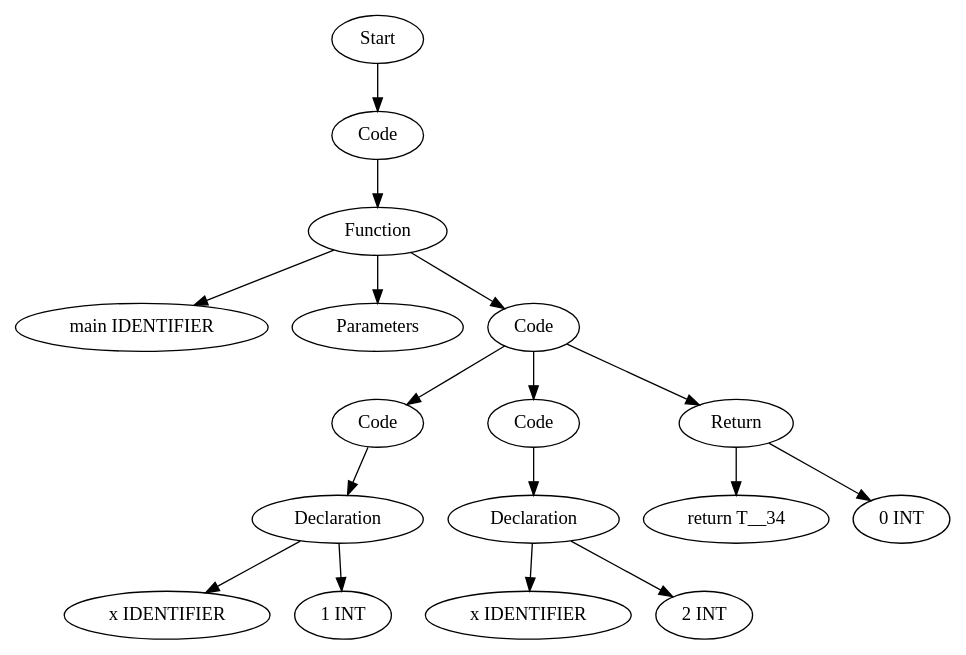
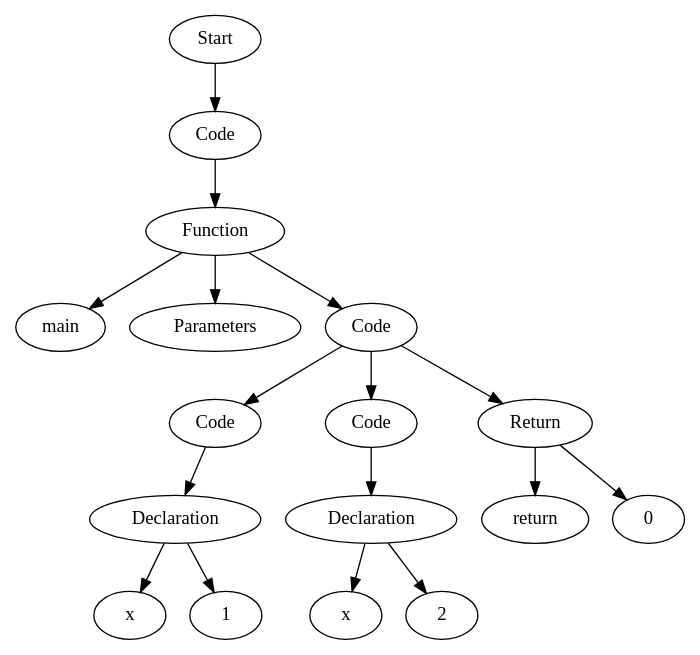
Before and after one commit to Are-you-listening/Compilers: the diagram in TestCases/ASTTests/SemanticErrorsTests/createTests/read_file_after.dot, drawn with Graphviz. The commit also changed 51 other files, not shown here.

```diff
--- a/TestCases/ASTTests/SemanticErrorsTests/createTests/read_file_after.dot
+++ b/TestCases/ASTTests/SemanticErrorsTests/createTests/read_file_after.dot
@@ -1,35 +1,35 @@
 digraph AST {
-  "128044840937616" [label="Start"];
-  "128044840937616" -> "128044840942896";
-  "128044840942896" [label="Code"];
-  "128044840942896" -> "128044840943040";
-  "128044840943040" [label="Function"];
-  "128044840943040" -> "128044840940592";
-  "128044840943040" -> "128044840939872";
-  "128044840943040" -> "128044840940544";
-  "128044840940592" [label="main IDENTIFIER"];
-  "128044840939872" [label="Parameters"];
-  "128044840940544" [label="Code"];
-  "128044840940544" -> "128044840938912";
-  "128044840940544" -> "128044840940976";
-  "128044840940544" -> "128044840939536";
-  "128044840938912" [label="Code"];
-  "128044840938912" -> "128044840941024";
-  "128044840941024" [label="Declaration"];
-  "128044840941024" -> "128044840934688";
-  "128044840941024" -> "128044840939728";
-  "128044840934688" [label="x IDENTIFIER"];
-  "128044840939728" [label="1 INT"];
-  "128044840940976" [label="Code"];
-  "128044840940976" -> "128044840939344";
-  "128044840939344" [label="Declaration"];
-  "128044840939344" -> "128044840936176";
-  "128044840939344" -> "128044840930032";
-  "128044840936176" [label="x IDENTIFIER"];
-  "128044840930032" [label="2 INT"];
-  "128044840939536" [label="Return"];
-  "128044840939536" -> "128044840938096";
-  "128044840939536" -> "128044840938000";
-  "128044840938096" [label="return T__34"];
-  "128044840938000" [label="0 INT"];
+  "126005219090272" [label="Start"];
+  "126005219090272" -> "126005219230288";
+  "126005219230288" [label="Code"];
+  "126005219230288" -> "126005219230432";
+  "126005219230432" [label="Function"];
+  "126005219230432" -> "126005219230528";
+  "126005219230432" -> "126005219230576";
+  "126005219230432" -> "126005219230624";
+  "126005219230528" [label="main"];
+  "126005219230576" [label="Parameters"];
+  "126005219230624" [label="Code"];
+  "126005219230624" -> "126005219230720";
+  "126005219230624" -> "126005219230768";
+  "126005219230624" -> "126005219230864";
+  "126005219230720" [label="Code"];
+  "126005219230720" -> "126005219230816";
+  "126005219230816" [label="Declaration"];
+  "126005219230816" -> "126005219230912";
+  "126005219230816" -> "126005219230960";
+  "126005219230912" [label="x"];
+  "126005219230960" [label="1"];
+  "126005219230768" [label="Code"];
+  "126005219230768" -> "126005219231008";
+  "126005219231008" [label="Declaration"];
+  "126005219231008" -> "126005219231104";
+  "126005219231008" -> "126005219231152";
+  "126005219231104" [label="x"];
+  "126005219231152" [label="2"];
+  "126005219230864" [label="Return"];
+  "126005219230864" -> "126005219231200";
+  "126005219230864" -> "126005219231248";
+  "126005219231200" [label="return"];
+  "126005219231248" [label="0"];
 }
```
